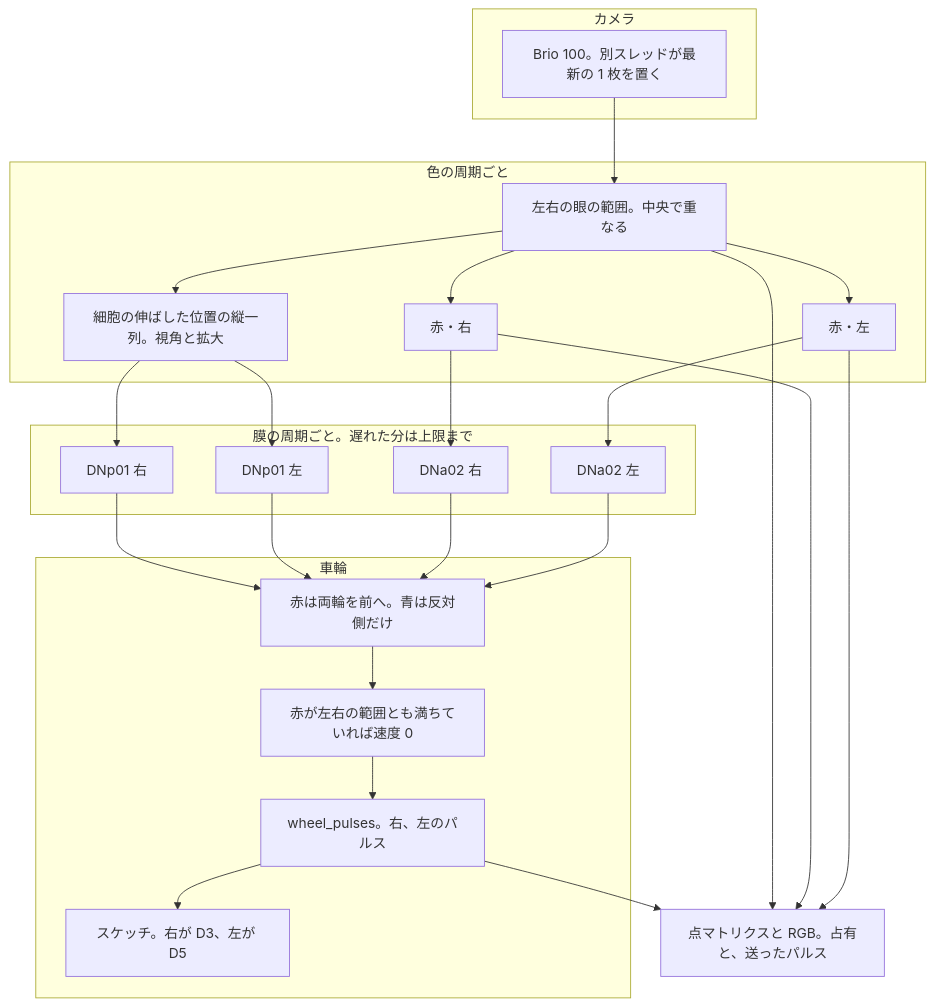
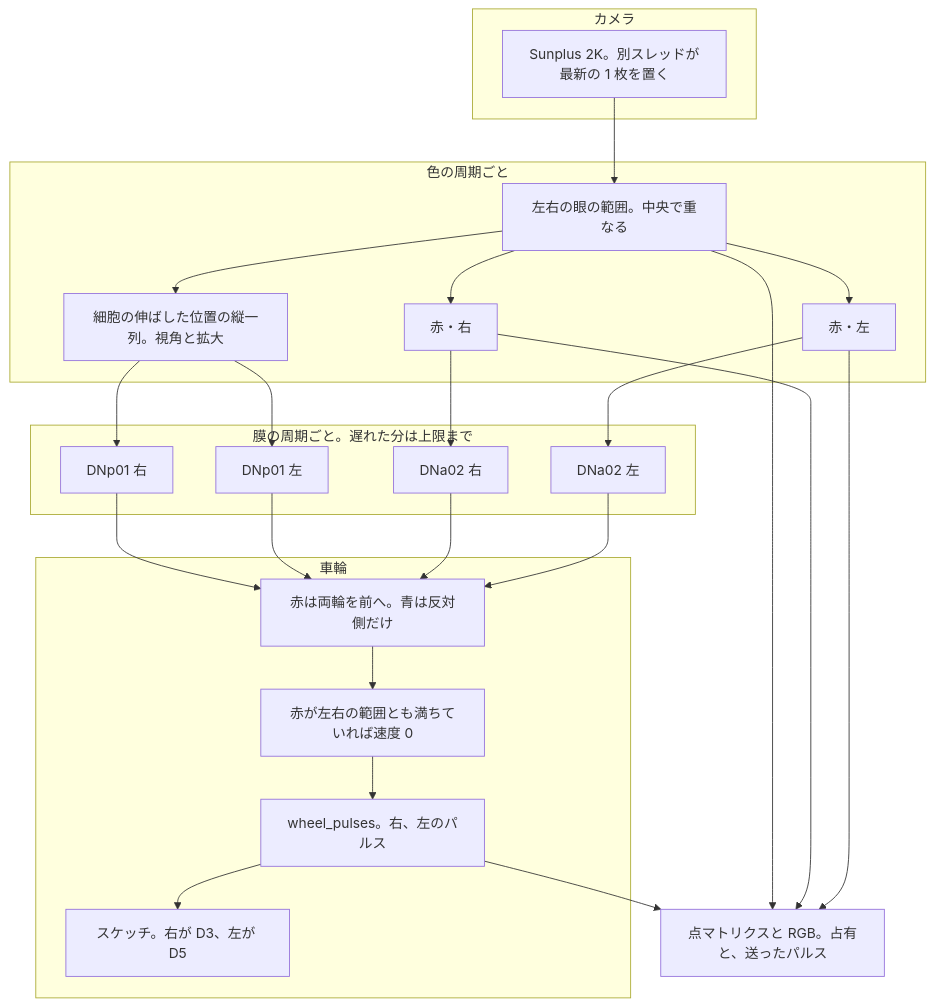
The third of 4 diagrams in poster/simple_poster.md (hamling-ling/fly-car), drawn with Mermaid before and after one commit. The commit also changed other lines of this file and 2 other files, not shown here.

Commit message:
ドキュメントのカメラ表記を Sunplus 2K（対角90°）に揃える

````diff
--- a/poster/simple_poster.md
+++ b/poster/simple_poster.md
@@ -90,44 +90,44 @@
 ```mermaid
 flowchart TB
   subgraph grab [カメラ]
-    eye["Brio 100。別スレッドが最新の 1 枚を置く"]
+    eye["Sunplus 2K。別スレッドが最新の 1 枚を置く"]
   end
   subgraph pre [色の周期ごと]
     halves["左右の眼の範囲。中央で重なる"]
     redL["赤・左"]
     redR["赤・右"]
     blue["細胞の伸ばした位置の縦一列。視角と拡大"]
   end
   subgraph cells [膜の周期ごと。遅れた分は上限まで]
     dnaL["DNa02 左"]
     dnaR["DNa02 右"]
     dnpL["DNp01 左"]
     dnpR["DNp01 右"]
   end
   subgraph drive [車輪]
     law["赤は両輪を前へ。青は反対側だけ"]
     guard["赤が左右の範囲とも満ちていれば速度 0"]
     pulse["wheel_pulses。右、左のパルス"]
     mcu["スケッチ。右が D3、左が D5"]
   end
   face["点マトリクスと RGB。占有と、送ったパルス"]
   eye --> halves
   halves --> redL
   halves --> redR
   halves --> blue
   redL --> dnaL
   redR --> dnaR
   blue --> dnpL
   blue --> dnpR
   dnaL --> law
   dnaR --> law
   dnpL --> law
   dnpR --> law
   law --> guard
   guard --> pulse
   pulse --> mcu
   redL --> face
   redR --> face
   halves --> face
   pulse --> face
 ```
````
